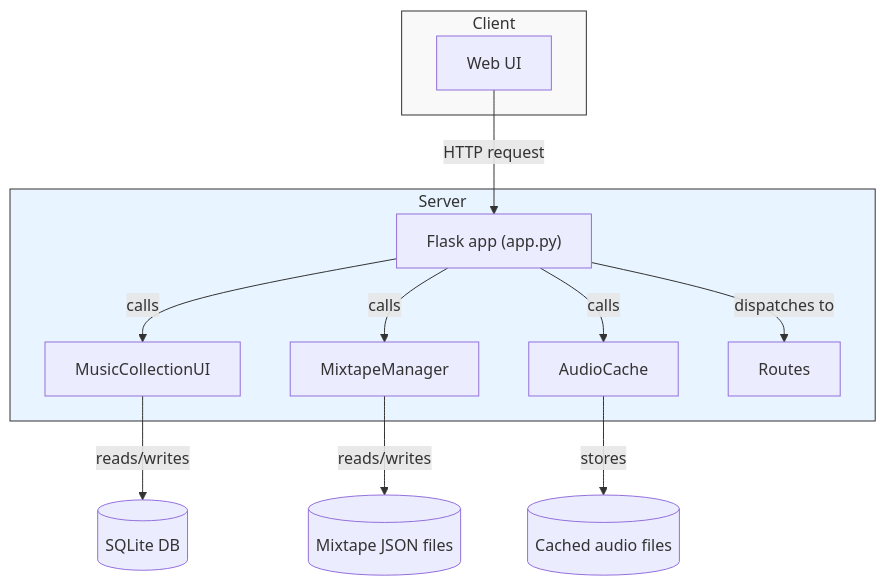
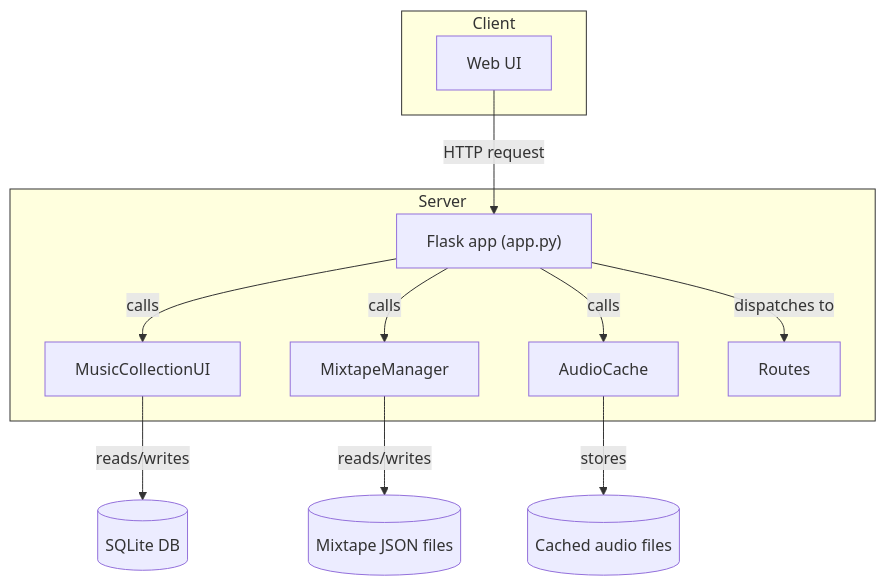
Before and after one commit to mark-me/mixtape-society: the diagram in docs/development/intro.md, drawn with Mermaid. The commit also changed other lines of this file, not shown here.

Commit message:
Added top header emojis

````diff
--- a/docs/development/intro.md
+++ b/docs/development/intro.md
@@ -147,27 +147,27 @@
 ```mermaid
 flowchart TD
     subgraph Client
         UI["Web UI"]
     end
 
     subgraph Server
         A["Flask app (app.py)"]
         B[MusicCollectionUI]
         C[MixtapeManager]
         D[AudioCache]
         E[Routes]
     end
 
     UI -->|HTTP request| A
     A -->|calls| B
     A -->|calls| C
     A -->|calls| D
     A -->|dispatches to| E
 
     B -->|reads/writes| SQLite[(SQLite DB)]
     C -->|reads/writes| JSON[(Mixtape JSON files)]
     D -->|stores| Cache[(Cached audio files)]
 
-    style Client fill:#f9f9f9,stroke:#333,stroke-width:1px
-    style Server fill:#e8f4ff,stroke:#333,stroke-width:1px
+    style Client stroke:#333,stroke-width:1px
+    style Server stroke:#333,stroke-width:1px
 ```
````
